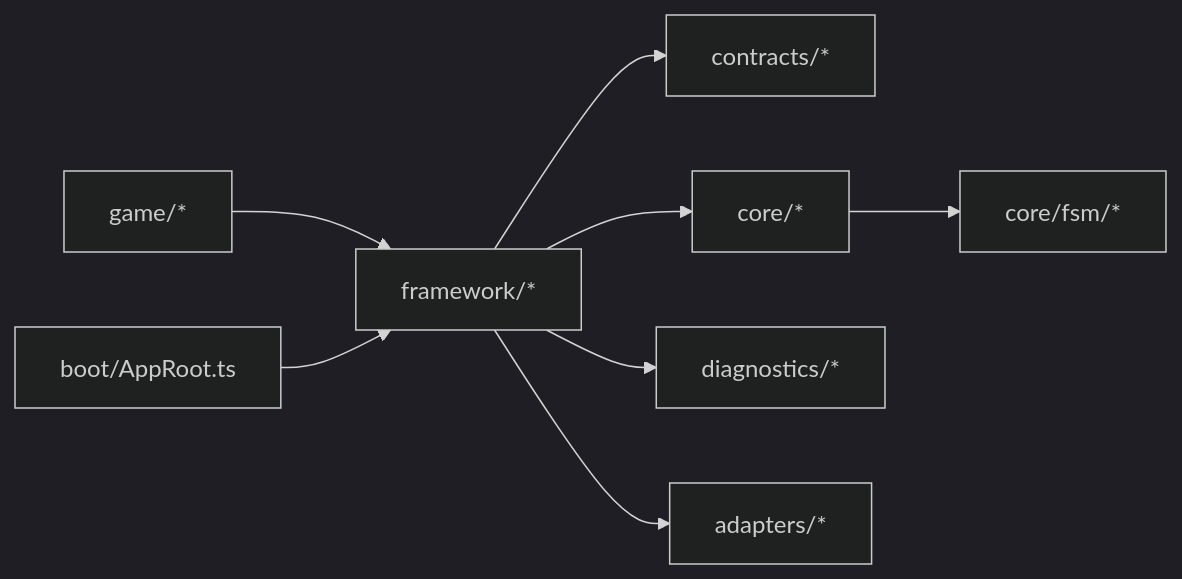
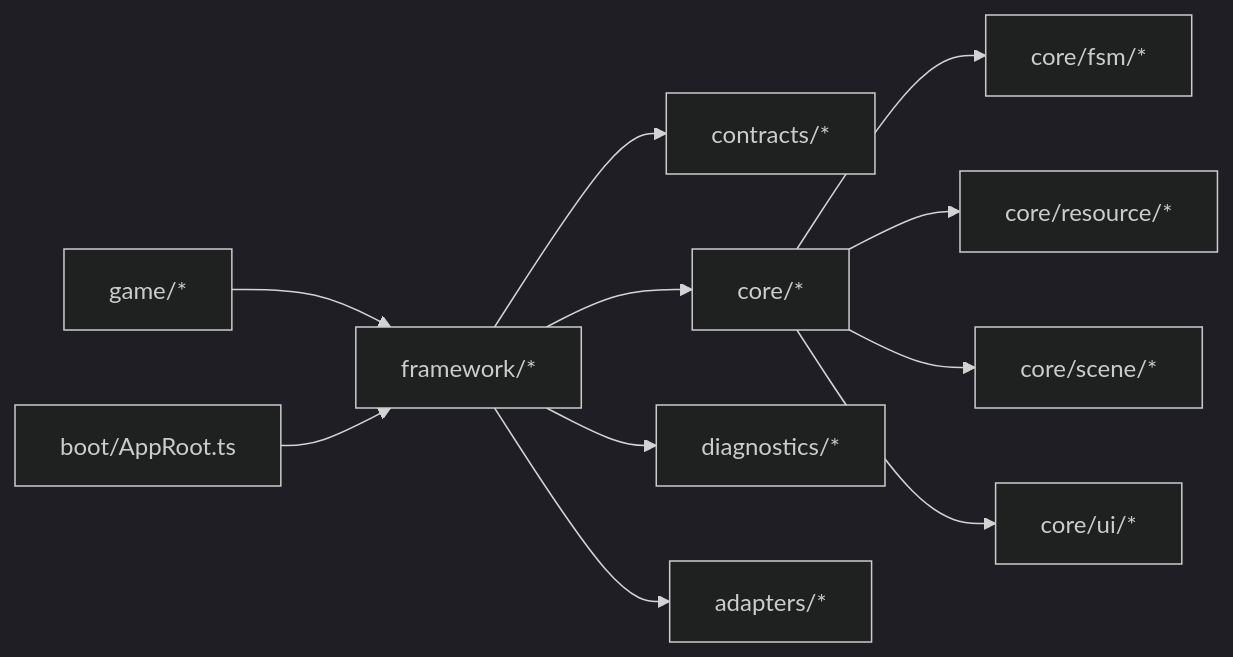
One commit to leviseek/ai-game-kit changed diagram 12 of 13 in .qoder/repowiki/zh/content/框架架构/框架架构.md. Above: the diagram before and after it, drawn with Mermaid (dark theme). The commit also changed other lines of this file and 39 other files, not shown here.

````diff
--- a/.qoder/repowiki/zh/content/框架架构/框架架构.md
+++ b/.qoder/repowiki/zh/content/框架架构/框架架构.md
@@ -411,10 +543,13 @@
 ```mermaid
 graph LR
 Framework["framework/*"] --> Contracts["contracts/*"]
 Framework --> Core["core/*"]
 Core --> FSM["core/fsm/*"]
+Core --> Resource["core/resource/*"]
+Core --> Scene["core/scene/*"]
+Core --> UI["core/ui/*"]
 Framework --> Diagnostics["diagnostics/*"]
 Framework --> Adapters["adapters/*"]
 Game["game/*"] --> Framework
 Boot["boot/AppRoot.ts"] --> Framework
 ```
````
